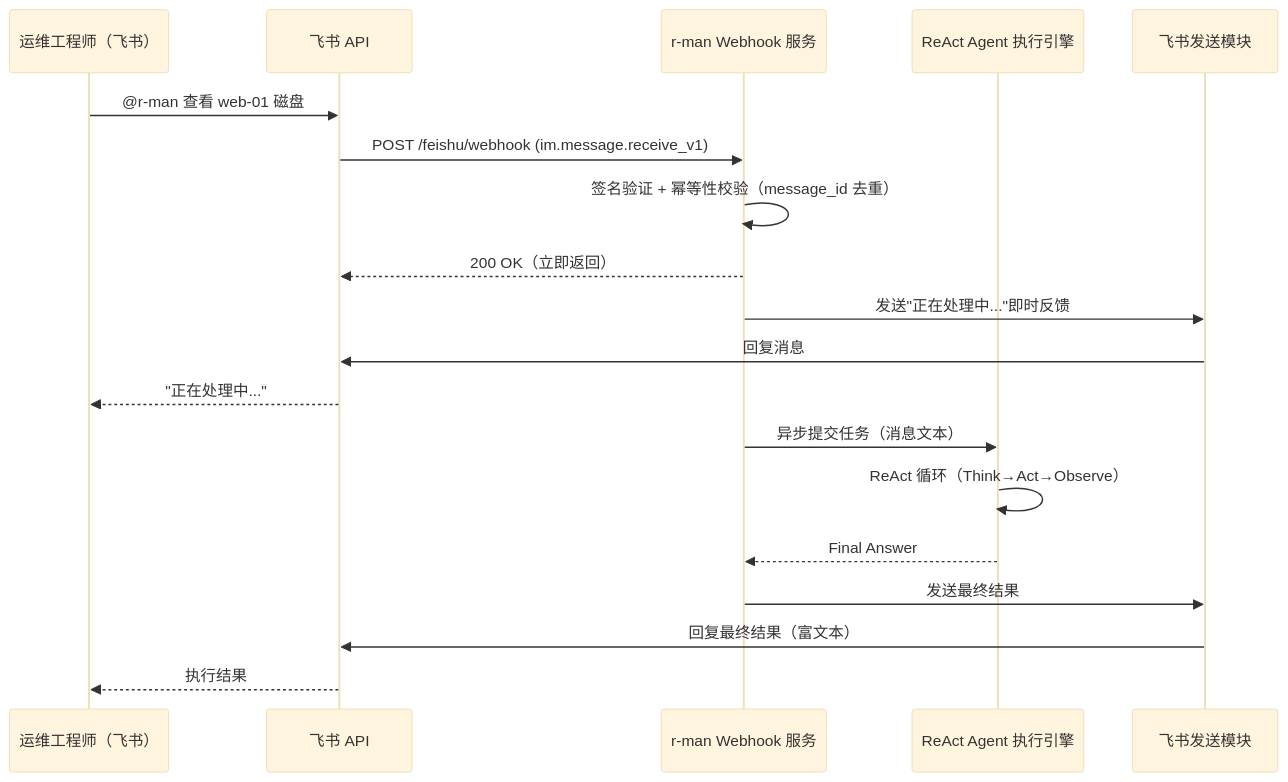
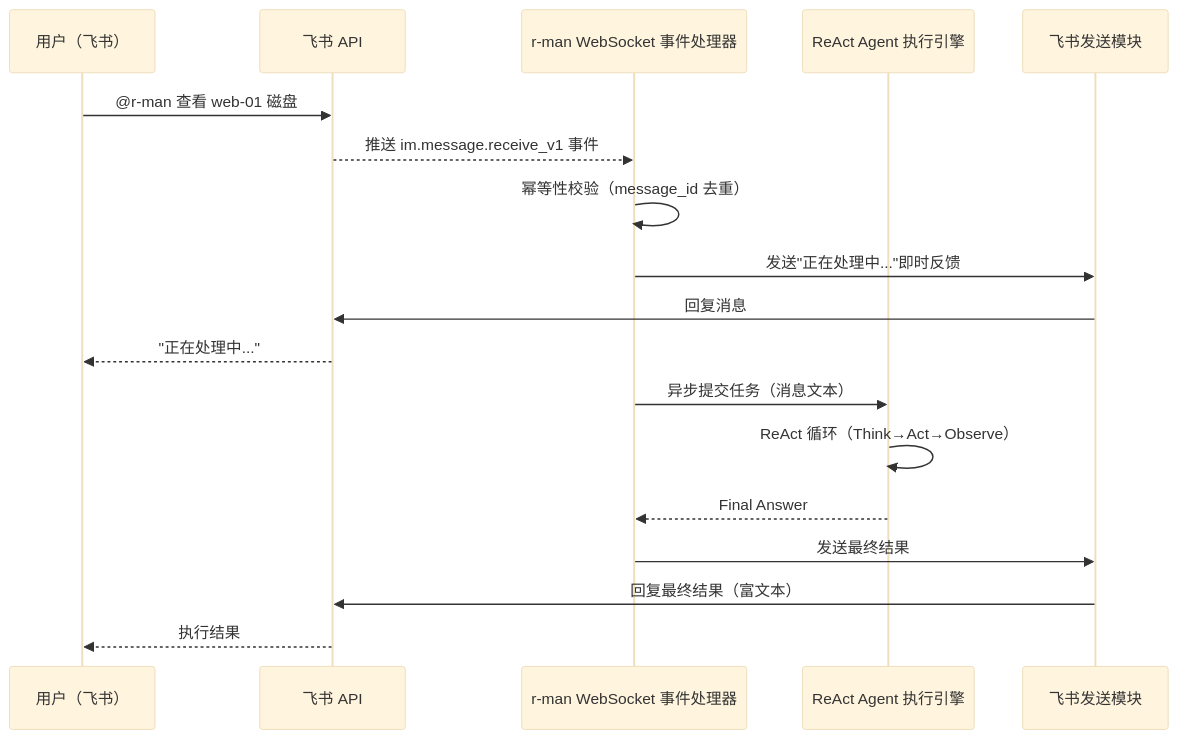
The diagram in docs/requirements/feishu-integration/REQ-FEISHU-001.md (zx2015/r_man), drawn with Mermaid (base theme) before and after one commit. The commit also changed other lines of this file and 39 other files, not shown here.

````diff
--- a/docs/requirements/feishu-integration/REQ-FEISHU-001.md
+++ b/docs/requirements/feishu-integration/REQ-FEISHU-001.md
@@ -346,24 +276,23 @@
 ```mermaid
 sequenceDiagram
-    participant Operator as 运维工程师（飞书）
+    participant Operator as 用户（飞书）
     participant FeishuAPI as 飞书 API
-    participant Webhook as r-man Webhook 服务
+    participant WSHandler as r-man WebSocket 事件处理器
     participant AgentRunner as ReAct Agent 执行引擎
     participant FeishuSender as 飞书发送模块
 
     Operator->>FeishuAPI: @r-man 查看 web-01 磁盘
-    FeishuAPI->>Webhook: POST /feishu/webhook (im.message.receive_v1)
-    Webhook->>Webhook: 签名验证 + 幂等性校验（message_id 去重）
-    Webhook-->>FeishuAPI: 200 OK（立即返回）
-    Webhook->>FeishuSender: 发送"正在处理中..."即时反馈
+    FeishuAPI-->>WSHandler: 推送 im.message.receive_v1 事件
+    WSHandler->>WSHandler: 幂等性校验（message_id 去重）
+    WSHandler->>FeishuSender: 发送"正在处理中..."即时反馈
     FeishuSender->>FeishuAPI: 回复消息
     FeishuAPI-->>Operator: "正在处理中..."
 
-    Webhook->>AgentRunner: 异步提交任务（消息文本）
+    WSHandler->>AgentRunner: 异步提交任务（消息文本）
     AgentRunner->>AgentRunner: ReAct 循环（Think→Act→Observe）
-    AgentRunner-->>Webhook: Final Answer
+    AgentRunner-->>WSHandler: Final Answer
 
-    Webhook->>FeishuSender: 发送最终结果
+    WSHandler->>FeishuSender: 发送最终结果
     FeishuSender->>FeishuAPI: 回复最终结果（富文本）
     FeishuAPI-->>Operator: 执行结果
 ```
````
